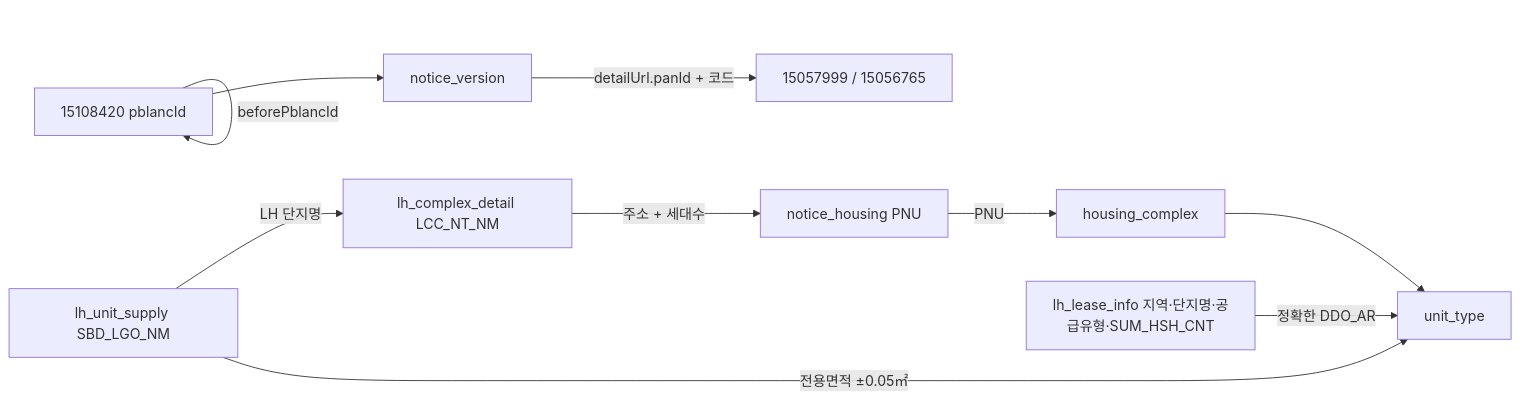
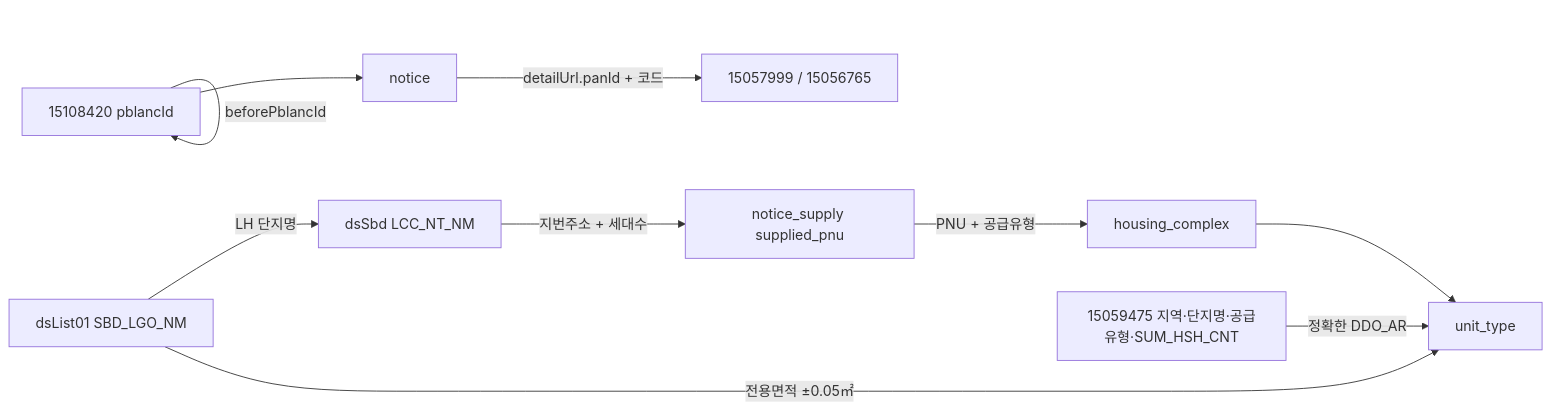
Before and after one commit to JunHyung1206/toadzip-api-domain: the diagram in docs/원천-API-명세.md, drawn with Mermaid. The commit also changed other lines of this file and 99 other files, not shown here.

````diff
--- a/docs/원천-API-명세.md
+++ b/docs/원천-API-명세.md
@@ -503,12 +512,12 @@
 ```mermaid
 flowchart LR
     A["15108420 pblancId"] -->|"beforePblancId"| A
-    A --> V["notice_version"]
+    A --> V["notice"]
     V -->|"detailUrl.panId + 코드"| D["15057999 / 15056765"]
-    N["notice_housing PNU"] -->|"PNU"| C["housing_complex"]
-    U["lh_unit_supply SBD_LGO_NM"] -->|"LH 단지명"| L["lh_complex_detail LCC_NT_NM"]
-    L -->|"주소 + 세대수"| N
+    N["notice_supply supplied_pnu"] -->|"PNU + 공급유형"| C["housing_complex"]
+    U["dsList01 SBD_LGO_NM"] -->|"LH 단지명"| L["dsSbd LCC_NT_NM"]
+    L -->|"지번주소 + 세대수"| N
     U -->|"전용면적 ±0.05㎡"| T["unit_type"]
-    I["lh_lease_info 지역·단지명·공급유형·SUM_HSH_CNT"] -->|"정확한 DDO_AR"| T
+    I["15059475 지역·단지명·공급유형·SUM_HSH_CNT"] -->|"정확한 DDO_AR"| T
     C --> T
 ```
````
